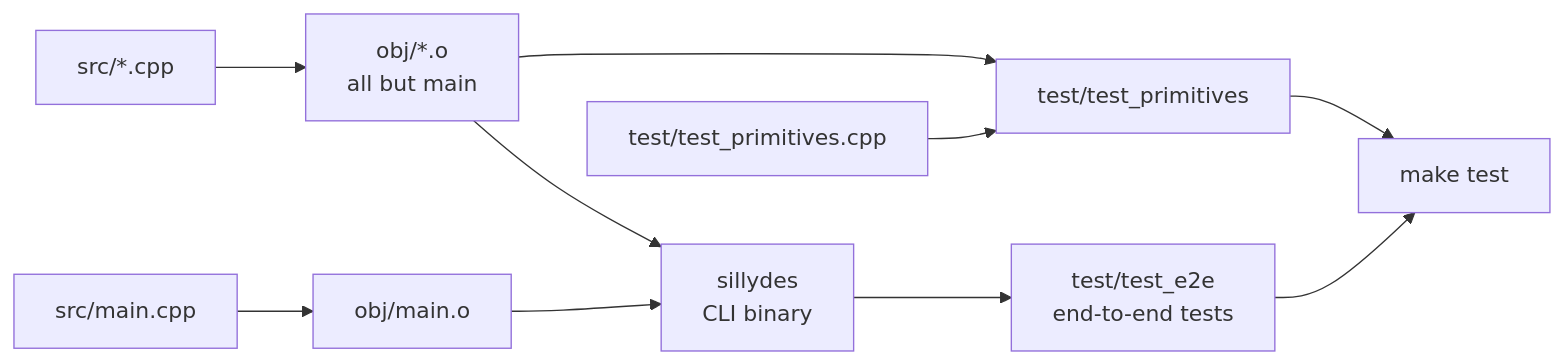
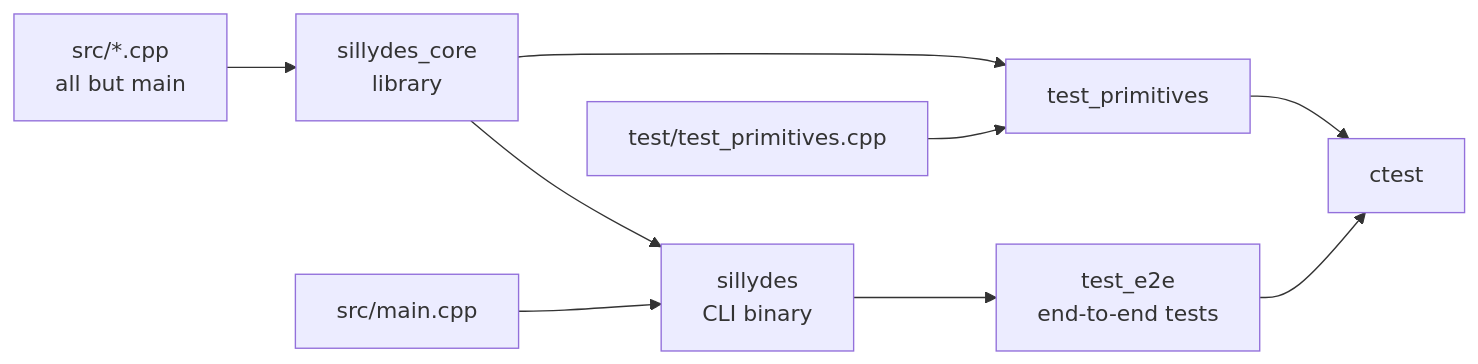
Before and after one commit to avw1ein/sillydes: the tenth of 10 diagrams in STRUCTURE.md, drawn with Mermaid. The commit also changed other lines of this file and 22 other files, not shown here.

````diff
--- a/STRUCTURE.md
+++ b/STRUCTURE.md
@@ -412,12 +410,11 @@
 ```mermaid
 flowchart LR
-    src["src/*.cpp"] --> objs["obj/*.o<br/>all but main"]
-    main["src/main.cpp"] --> mo["obj/main.o"]
-    objs --> sillydes["sillydes<br/>CLI binary"]
-    mo --> sillydes
-    objs --> tp["test/test_primitives"]
+    src["src/*.cpp<br/>all but main"] --> core["sillydes_core<br/>library"]
+    main["src/main.cpp"] --> sillydes["sillydes<br/>CLI binary"]
+    core --> sillydes
+    core --> tp["test_primitives"]
     tpsrc["test/test_primitives.cpp"] --> tp
-    sillydes --> shtest["test/test_e2e<br/>end-to-end tests"]
-    tp --> make["make test"]
-    shtest --> make
+    sillydes --> shtest["test_e2e<br/>end-to-end tests"]
+    tp --> ctest["ctest"]
+    shtest --> ctest
 ```
````
